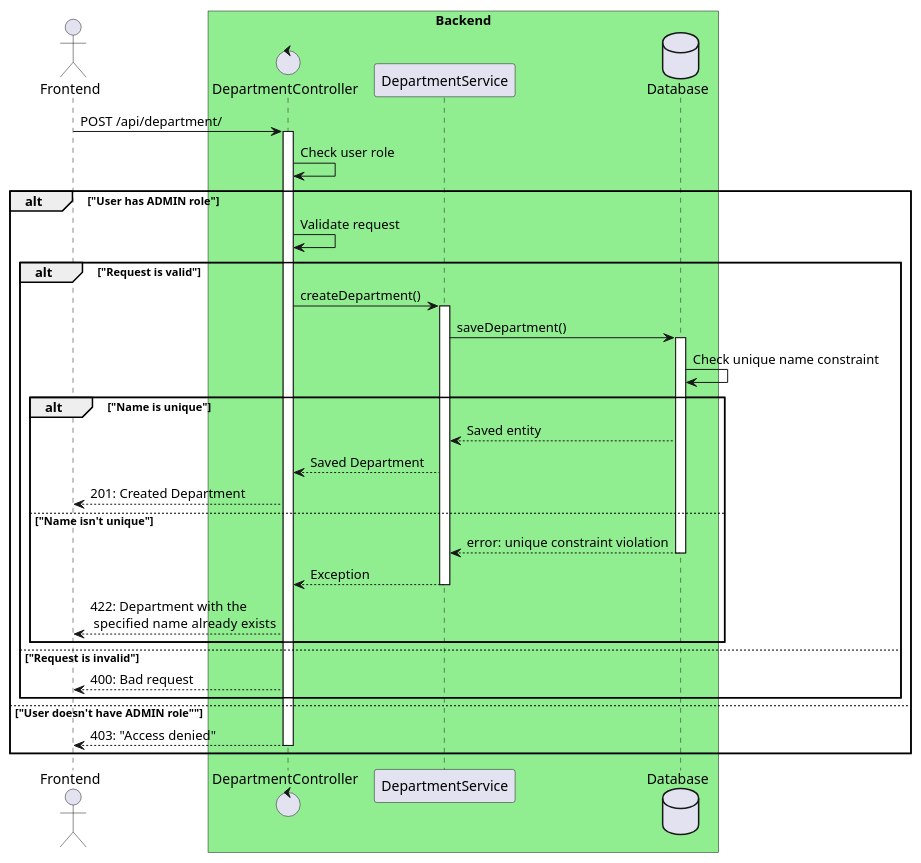
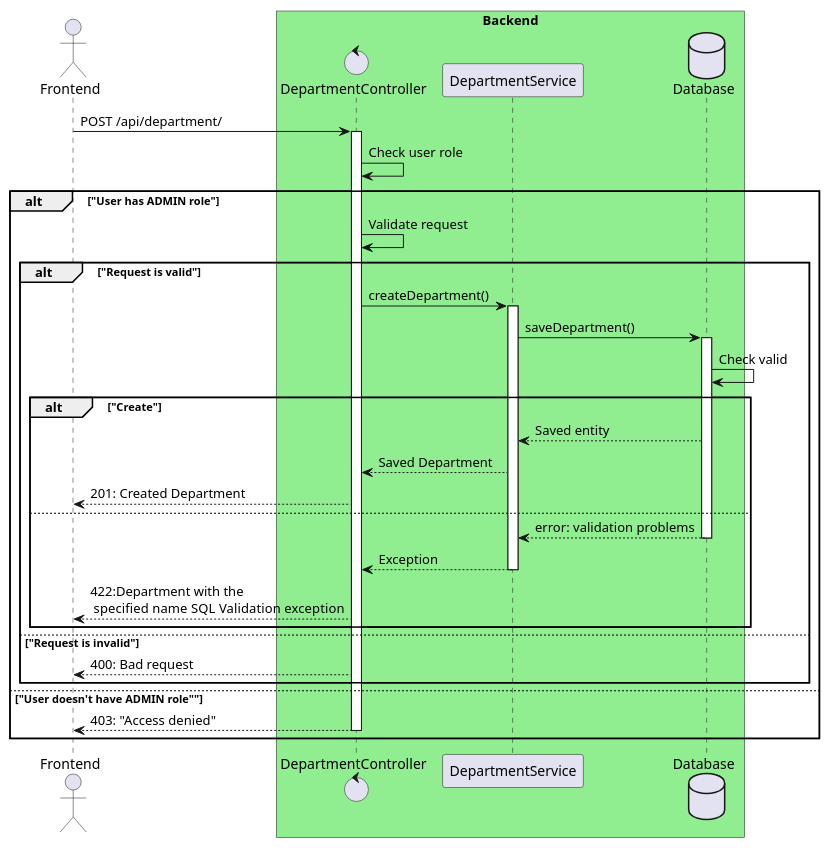
The diagram in documentation/sequence-diagrams/DepartmentController/createNewDepartment.puml (Sh1bari/CaseLabProject), drawn with PlantUML before and after one commit. The commit also changed 5 other files, not shown here.

```diff
--- a/documentation/sequence-diagrams/DepartmentController/createNewDepartment.puml
+++ b/documentation/sequence-diagrams/DepartmentController/createNewDepartment.puml
@@ -1,37 +1,37 @@
 @startuml
 
 actor "Frontend" as front
 
 box "Backend" #Lightgreen
 control "DepartmentController" as controller
 participant "DepartmentService" as service
 database "Database" as db
 end box
 
 'autonumber
 
 front -> controller++: POST /api/department/
 controller -> controller: Check user role
 alt "User has ADMIN role"
     controller -> controller: Validate request
     alt "Request is valid"
         controller -> service++: createDepartment()
         service -> db++: saveDepartment()
-        db -> db: Check unique name constraint
-        alt "Name is unique"
+        db -> db: Check valid
+        alt "Create"
             db --> service: Saved entity
             service --> controller: Saved Department
             controller --> front: 201: Created Department
-        else "Name isn't unique"
-            db --> service--: error: unique constraint violation
+        else
+            db --> service--: error: validation problems
             service --> controller--: Exception
-            controller --> front: 422: Department with the \n specified name  already exists
+            controller --> front: 422:Department with the \n specified name  SQL Validation exception
         end
     else "Request is invalid"
         controller --> front: 400: Bad request
     end
 else "User doesn't have ADMIN role""
     controller --> front--: 403: "Access denied"
 end
 
 @enduml
```
